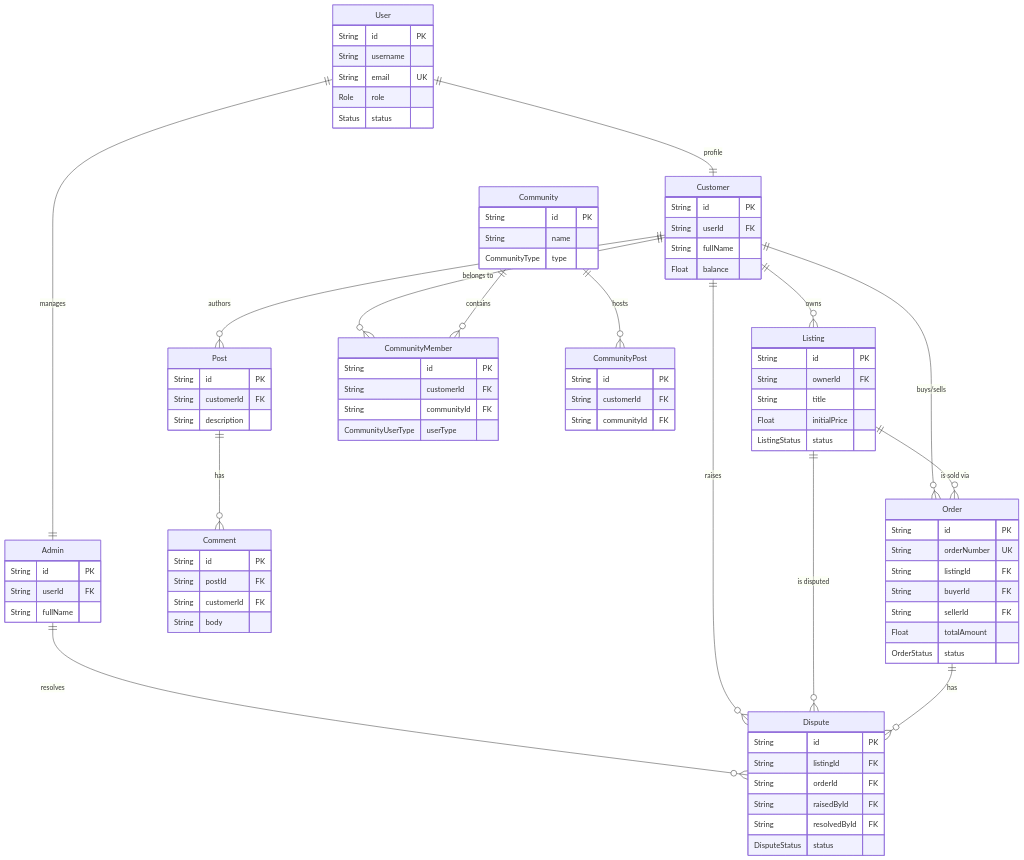
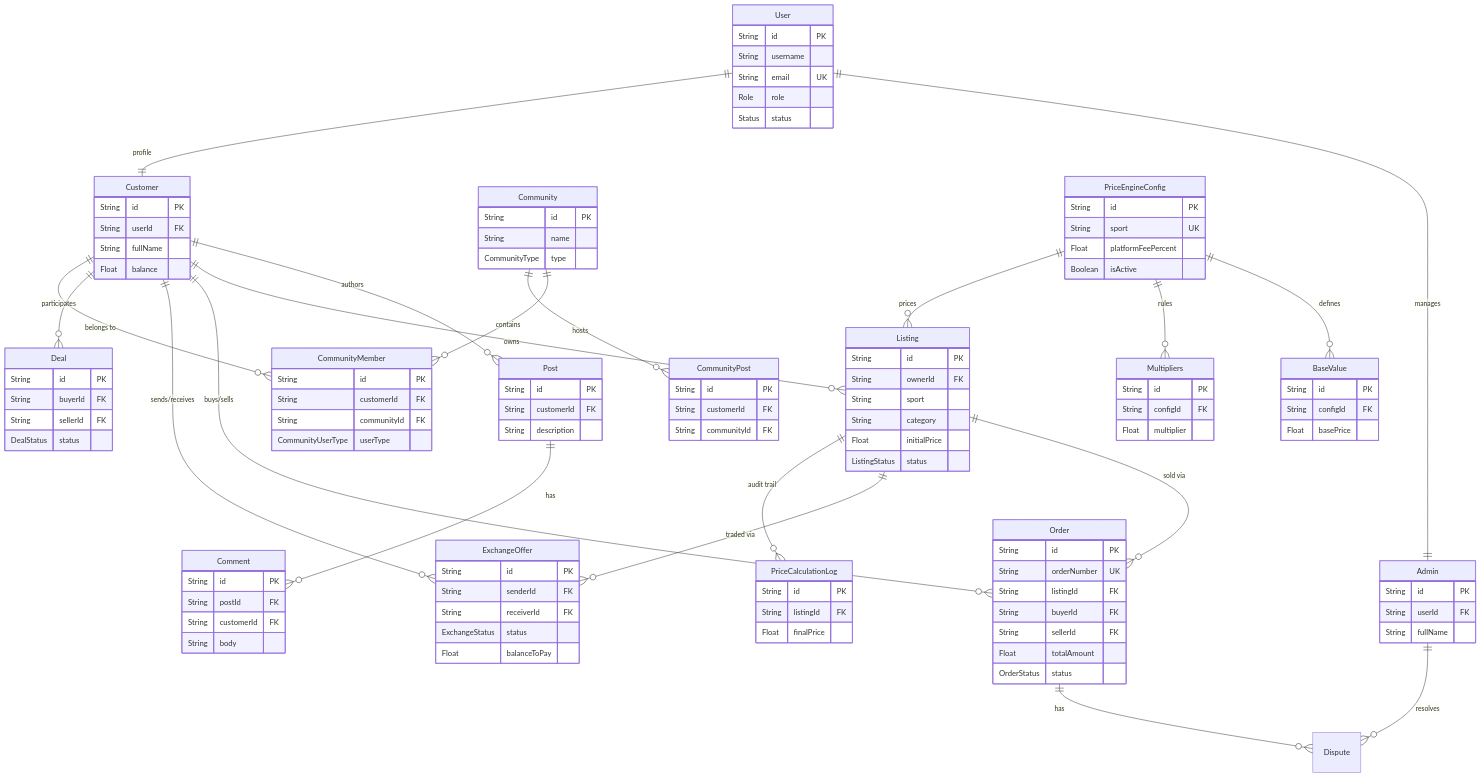
The diagram in README.md (euhandev/sullerk.server), drawn with Mermaid before and after one commit. The commit also changed 5 other files, not shown here.

Commit message:
update database diagram at readme.md

````diff
--- a/README.md
+++ b/README.md
@@ -48,21 +48,13 @@
         String fullName
         Float balance
     }
-    Post {
-        String id PK
-        String customerId FK
-        String description
-    }
-    Comment {
-        String id PK
-        String postId FK
-        String customerId FK
-        String body
-    }
+    
+    %% Marketplace
     Listing {
         String id PK
         String ownerId FK
-        String title
+        String sport
+        String category
         Float initialPrice
         ListingStatus status
     }
@@ -75,13 +67,31 @@
         Float totalAmount
         OrderStatus status
     }
-    Dispute {
+    ExchangeOffer {
         String id PK
-        String listingId FK
-        String orderId FK
-        String raisedById FK
-        String resolvedById FK
-        DisputeStatus status
+        String senderId FK
+        String receiverId FK
+        ExchangeStatus status
+        Float balanceToPay
+    }
+    Deal {
+        String id PK
+        String buyerId FK
+        String sellerId FK
+        DealStatus status
+    }
+
+    %% Social & Content
+    Post {
+        String id PK
+        String customerId FK
+        String description
+    }
+    Comment {
+        String id PK
+        String postId FK
+        String customerId FK
+        String body
     }
     Community {
         String id PK
@@ -100,18 +110,51 @@
         String communityId FK
     }
 
+    %% Price Engine
+    PriceEngineConfig {
+        String id PK
+        String sport UK
+        Float platformFeePercent
+        Boolean isActive
+    }
+    BaseValue {
+        String id PK
+        String configId FK
+        Float basePrice
+    }
+    Multipliers {
+        String id PK
+        String configId FK
+        Float multiplier
+    }
+    PriceCalculationLog {
+        String id PK
+        String listingId FK
+        Float finalPrice
+    }
+
+    %% Relationships
     User ||--|| Admin : "manages"
     User ||--|| Customer : "profile"
     Admin ||--o{ Dispute : "resolves"
     Customer ||--o{ Post : "authors"
     Customer ||--o{ Listing : "owns"
     Customer ||--o{ Order : "buys/sells"
-    Customer ||--o{ Dispute : "raises"
+    Customer ||--o{ ExchangeOffer : "sends/receives"
+    Customer ||--o{ Deal : "participates"
     Customer ||--o{ CommunityMember : "belongs to"
+    
+    Listing ||--o{ Order : "sold via"
+    Listing ||--o{ ExchangeOffer : "traded via"
+    Listing ||--o{ PriceCalculationLog : "audit trail"
+    
+    Order ||--o{ Dispute : "has"
     Post ||--o{ Comment : "has"
-    Listing ||--o{ Order : "is sold via"
-    Listing ||--o{ Dispute : "is disputed"
-    Order ||--o{ Dispute : "has"
+    
     Community ||--o{ CommunityMember : "contains"
     Community ||--o{ CommunityPost : "hosts"
+    
+    PriceEngineConfig ||--o{ BaseValue : "defines"
+    PriceEngineConfig ||--o{ Multipliers : "rules"
+    PriceEngineConfig ||--o{ Listing : "prices"
 ```
````
